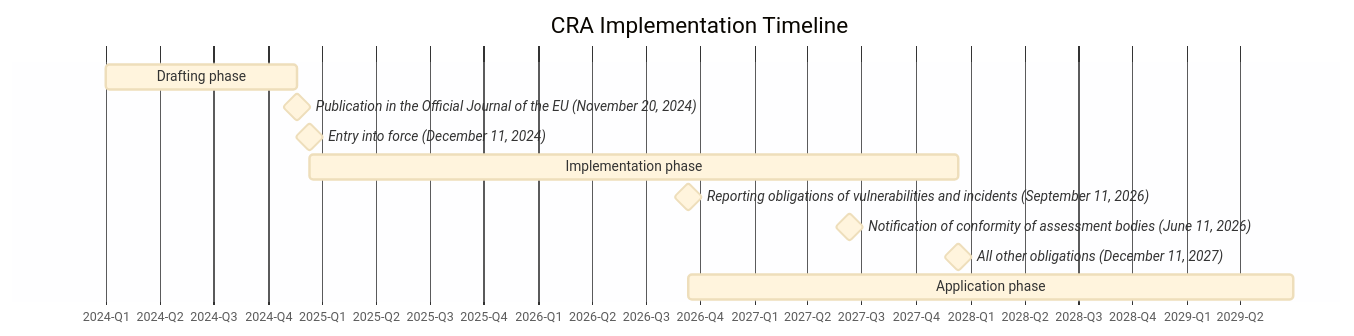
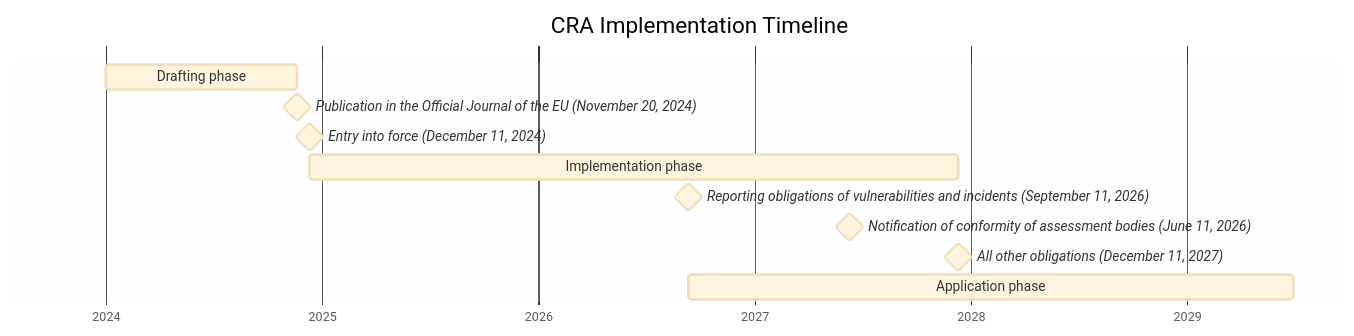
One commit to orcwg/cra-hub changed the diagram in faq/cra-itself/timeline.md. Above: the diagram before and after it, drawn with Mermaid.

Commit message:
Improve CRA timeline (#291)

````diff
--- a/faq/cra-itself/timeline.md
+++ b/faq/cra-itself/timeline.md
@@ -12,17 +12,17 @@
 ```mermaid
 %%{init: {'theme':'base'}}%%
 gantt
     title CRA Implementation Timeline
     dateFormat  YYYY-MM-DD
-    axisFormat %Y-Q%q
-    tickInterval 3month
+    axisFormat %Y
+    tickInterval 1year
 
     Drafting phase: 2024-01-01, 2024-11-20
     Publication in the Official Journal of the EU (November 20, 2024): milestone, 2024-11-20, 5m
     Entry into force (December 11, 2024): milestone, 2024-12-11, 5m
     Implementation phase: 2024-12-11, 3y
     Reporting obligations of vulnerabilities and incidents (September 11, 2026): milestone, 2026-09-11, 5m
     Notification of conformity of assessment bodies (June 11, 2026): milestone, 2027-06-11, 5m
     All other obligations (December 11, 2027): milestone, 2027-12-11, 5m
     Application phase: 2026-09-11, 2029-06-30
 ```
````
